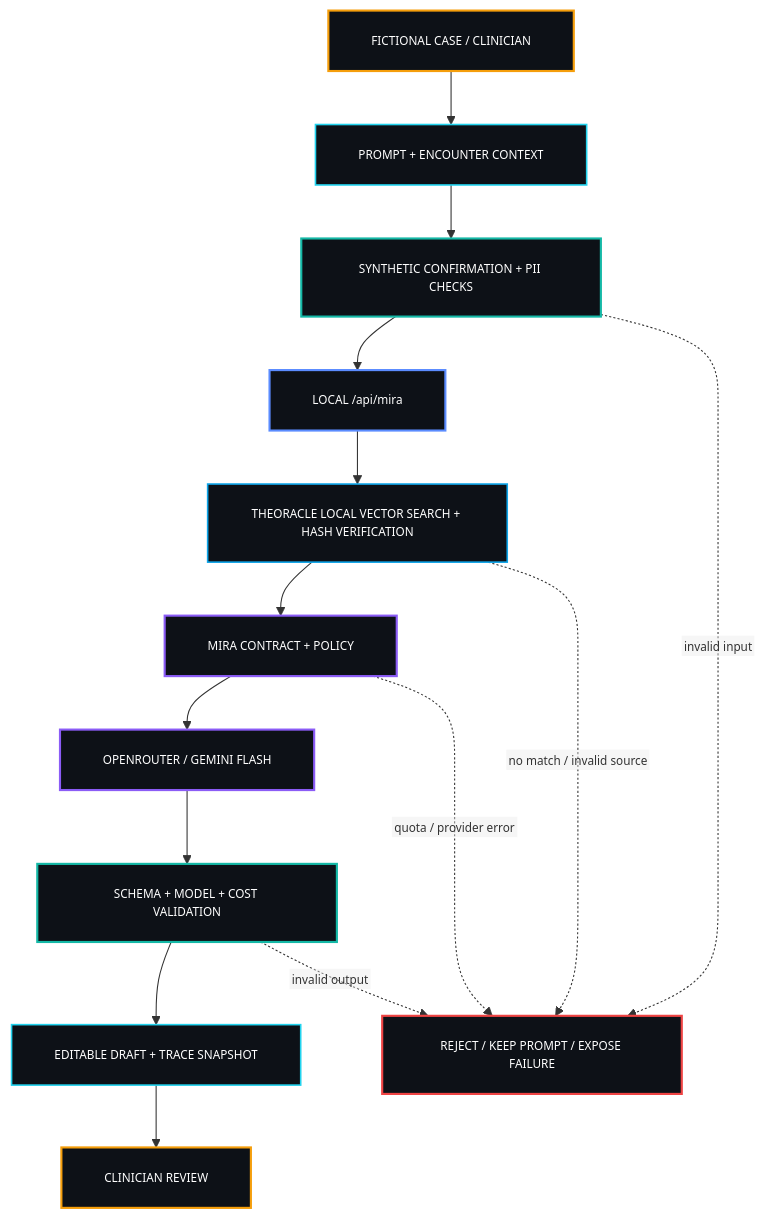
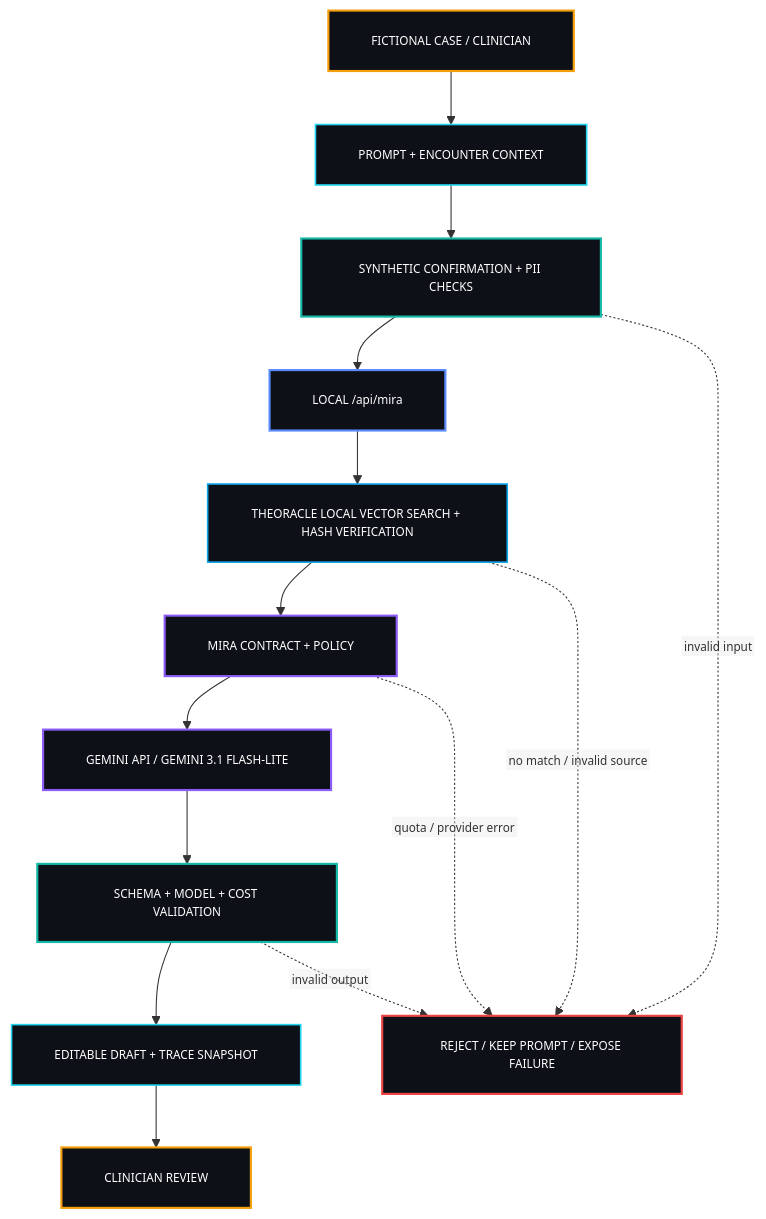
Before and after one commit to drferdi/Sentrapedia: the third of 4 diagrams in README.md, drawn with Mermaid. The commit also changed other lines of this file and 4 other files, not shown here.

````diff
--- a/README.md
+++ b/README.md
@@ -315,36 +315,36 @@
 ```mermaid
 %%{init: {"flowchart": {"htmlLabels": false, "padding": 20}, "themeVariables": {"fontFamily": "monospace", "fontSize": "11px"}}}%%
 flowchart TB
   HUMAN["FICTIONAL CASE / CLINICIAN"]
   INPUT["PROMPT + ENCOUNTER CONTEXT"]
   GATE["SYNTHETIC CONFIRMATION + PII CHECKS"]
   API["LOCAL /api/mira"]
   SOURCE["THEORACLE LOCAL VECTOR SEARCH + HASH VERIFICATION"]
   ENGINE["MIRA CONTRACT + POLICY"]
-  MODEL["OPENROUTER / GEMINI FLASH"]
+  MODEL["GEMINI API / GEMINI 3.1 FLASH-LITE"]
   VERIFY["SCHEMA + MODEL + COST VALIDATION"]
   DRAFT["EDITABLE DRAFT + TRACE SNAPSHOT"]
   REVIEW["CLINICIAN REVIEW"]
   STOP["REJECT / KEEP PROMPT / EXPOSE FAILURE"]
 
   HUMAN --> INPUT --> GATE --> API --> SOURCE --> ENGINE --> MODEL --> VERIFY --> DRAFT --> REVIEW
   GATE -. invalid input .-> STOP
   SOURCE -. no match / invalid source .-> STOP
   ENGINE -. quota / provider error .-> STOP
   VERIFY -. invalid output .-> STOP
 
   classDef authority fill:#0D1117,stroke:#F59E0B,color:#FFFFFF,stroke-width:2px;
   classDef surface fill:#0D1117,stroke:#22D3EE,color:#FFFFFF,stroke-width:1.5px;
   classDef core fill:#0D1117,stroke:#5B8CFF,color:#FFFFFF,stroke-width:2px;
   classDef agent fill:#0D1117,stroke:#8B5CF6,color:#FFFFFF,stroke-width:2px;
   classDef control fill:#0D1117,stroke:#14B8A6,color:#FFFFFF,stroke-width:2px;
   classDef data fill:#0D1117,stroke:#0EA5E9,color:#FFFFFF,stroke-width:1.5px;
   classDef danger fill:#0D1117,stroke:#EF4444,color:#FFFFFF,stroke-width:2px;
   class HUMAN,REVIEW authority;
   class INPUT,DRAFT surface;
   class GATE,VERIFY control;
   class API core;
   class SOURCE data;
   class ENGINE,MODEL agent;
   class STOP danger;
 ```
````
